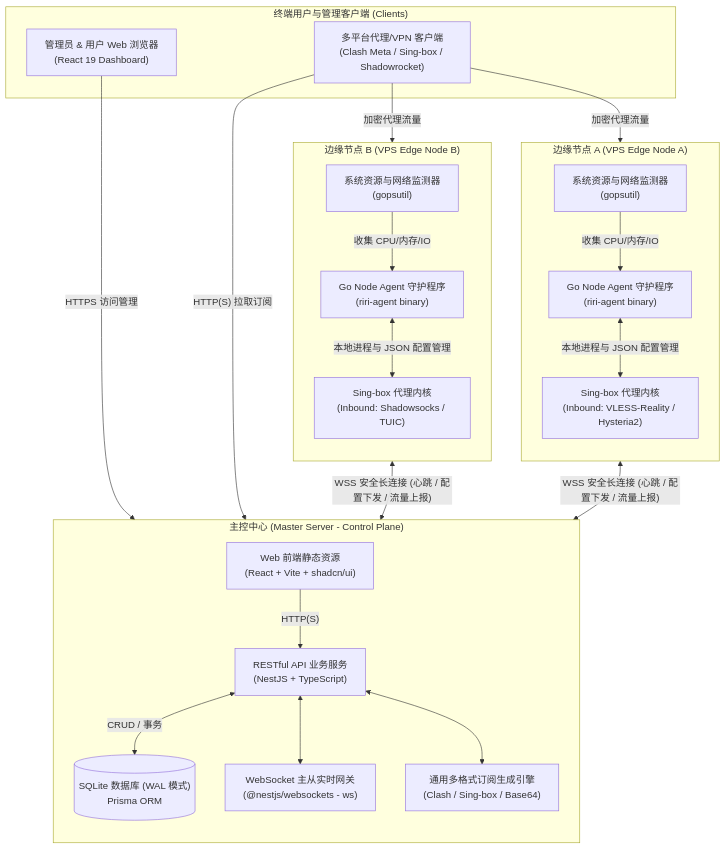
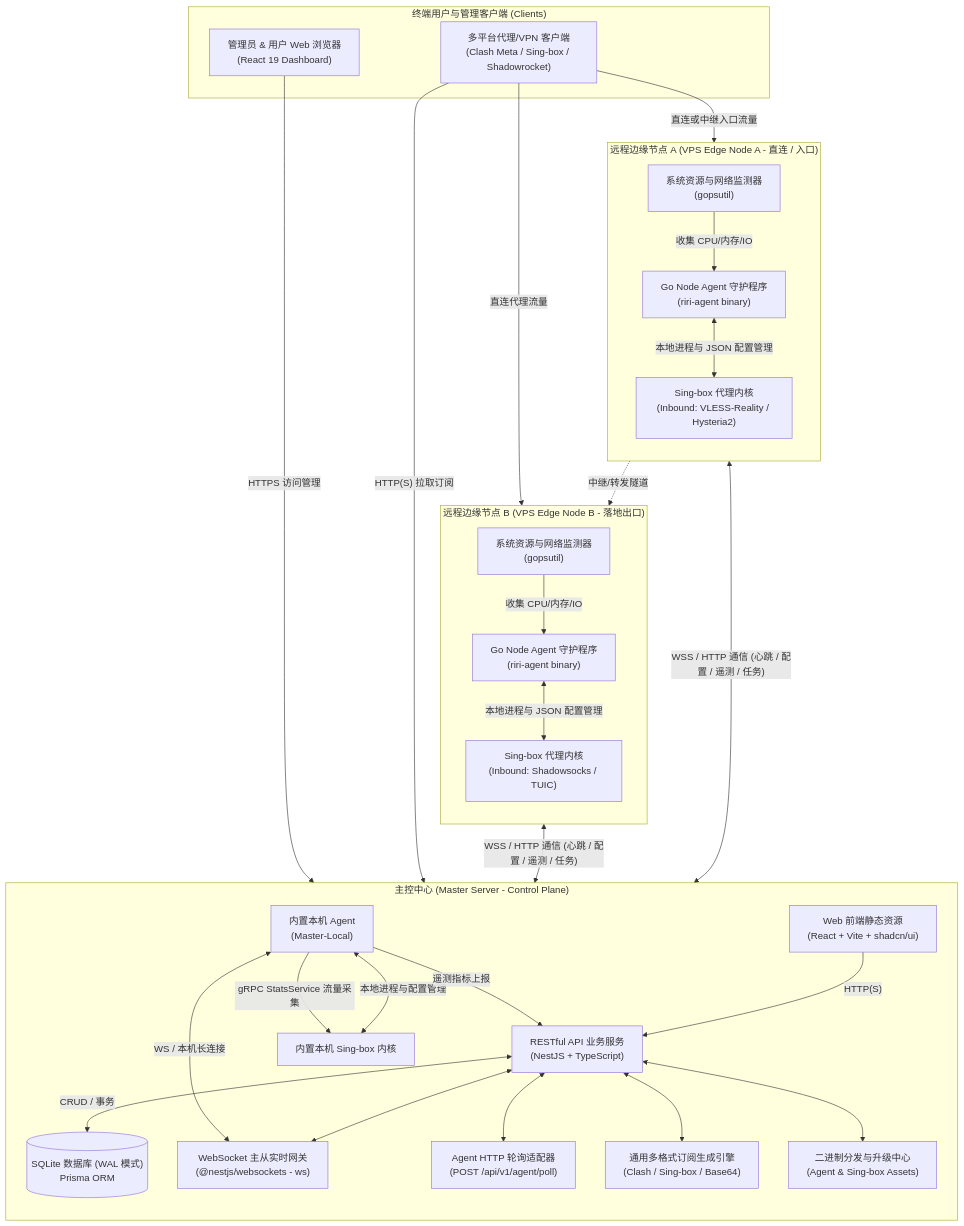
The diagram in README.md (Nanako660/riricloud), drawn with Mermaid before and after one commit. The commit also changed other lines of this file and 8 other files, not shown here.

````diff
--- a/README.md
+++ b/README.md
@@ -60,49 +35,60 @@
 ```mermaid
 graph TB
     subgraph "终端用户与管理客户端 (Clients)"
         UserBrowser["管理员 & 用户 Web 浏览器<br/>(React 19 Dashboard)"]
         VpnClients["多平台代理/VPN 客户端<br/>(Clash Meta / Sing-box / Shadowrocket)"]
     end
 
     subgraph "主控中心 (Master Server - Control Plane)"
         direction TB
         FrontendUI["Web 前端静态资源<br/>(React + Vite + shadcn/ui)"]
         APIServer["RESTful API 业务服务<br/>(NestJS + TypeScript)"]
         WSGateway["WebSocket 主从实时网关<br/>(@nestjs/websockets - ws)"]
+        AgentPollAPI["Agent HTTP 轮询适配器<br/>(POST /api/v1/agent/poll)"]
         SubscriptionEngine["通用多格式订阅生成引擎<br/>(Clash / Sing-box / Base64)"]
+        BinaryCenter["二进制分发与升级中心<br/>(Agent & Sing-box Assets)"]
         SQLiteDB[("SQLite 数据库 (WAL 模式)<br/>Prisma ORM")]
+        LocalAgent["内置本机 Agent<br/>(Master-Local)"]
+        LocalSingbox["内置本机 Sing-box 内核"]
         
         FrontendUI -->|"HTTP(S)"| APIServer
         APIServer <-->|"CRUD / 事务"| SQLiteDB
         APIServer <--> WSGateway
+        APIServer <--> AgentPollAPI
         APIServer <--> SubscriptionEngine
+        APIServer <--> BinaryCenter
+        LocalAgent <-->|"WS / 本机长连接"| WSGateway
+        LocalAgent <-->|"本地进程与配置管理"| LocalSingbox
+        LocalAgent -->|"gRPC StatsService 流量采集"| LocalSingbox
+        LocalAgent -->|"遥测指标上报"| APIServer
     end
 
-    subgraph "边缘节点 A (VPS Edge Node A)"
+    subgraph "远程边缘节点 A (VPS Edge Node A - 直连 / 入口)"
         direction TB
         AgentA["Go Node Agent 守护程序<br/>(riri-agent binary)"]
         SingboxA["Sing-box 代理内核<br/>(Inbound: VLESS-Reality / Hysteria2)"]
         SystemMonitorA["系统资源与网络监测器<br/>(gopsutil)"]
 
         AgentA <-->|"本地进程与 JSON 配置管理"| SingboxA
         SystemMonitorA -->|"收集 CPU/内存/IO"| AgentA
     end
 
-    subgraph "边缘节点 B (VPS Edge Node B)"
+    subgraph "远程边缘节点 B (VPS Edge Node B - 落地出口)"
         direction TB
         AgentB["Go Node Agent 守护程序<br/>(riri-agent binary)"]
         SingboxB["Sing-box 代理内核<br/>(Inbound: Shadowsocks / TUIC)"]
         SystemMonitorB["系统资源与网络监测器<br/>(gopsutil)"]
 
         AgentB <-->|"本地进程与 JSON 配置管理"| SingboxB
         SystemMonitorB -->|"收集 CPU/内存/IO"| AgentB
     end
 
     UserBrowser -->|"HTTPS 访问管理"| FrontendUI
     VpnClients -->|"HTTP(S) 拉取订阅"| SubscriptionEngine
-    VpnClients -->|"加密代理流量"| SingboxA
-    VpnClients -->|"加密代理流量"| SingboxB
+    VpnClients -->|"直连或中继入口流量"| SingboxA
+    SingboxA -.->|"中继/转发隧道"| SingboxB
+    VpnClients -->|"直连代理流量"| SingboxB
 
-    AgentA <-->|"WSS 安全长连接 (心跳 / 配置下发 / 流量上报)"| WSGateway
-    AgentB <-->|"WSS 安全长连接 (心跳 / 配置下发 / 流量上报)"| WSGateway
+    AgentA <-->|"WSS / HTTP 通信 (心跳 / 配置 / 遥测 / 任务)"| WSGateway
+    AgentB <-->|"WSS / HTTP 通信 (心跳 / 配置 / 遥测 / 任务)"| WSGateway
 ```
````
